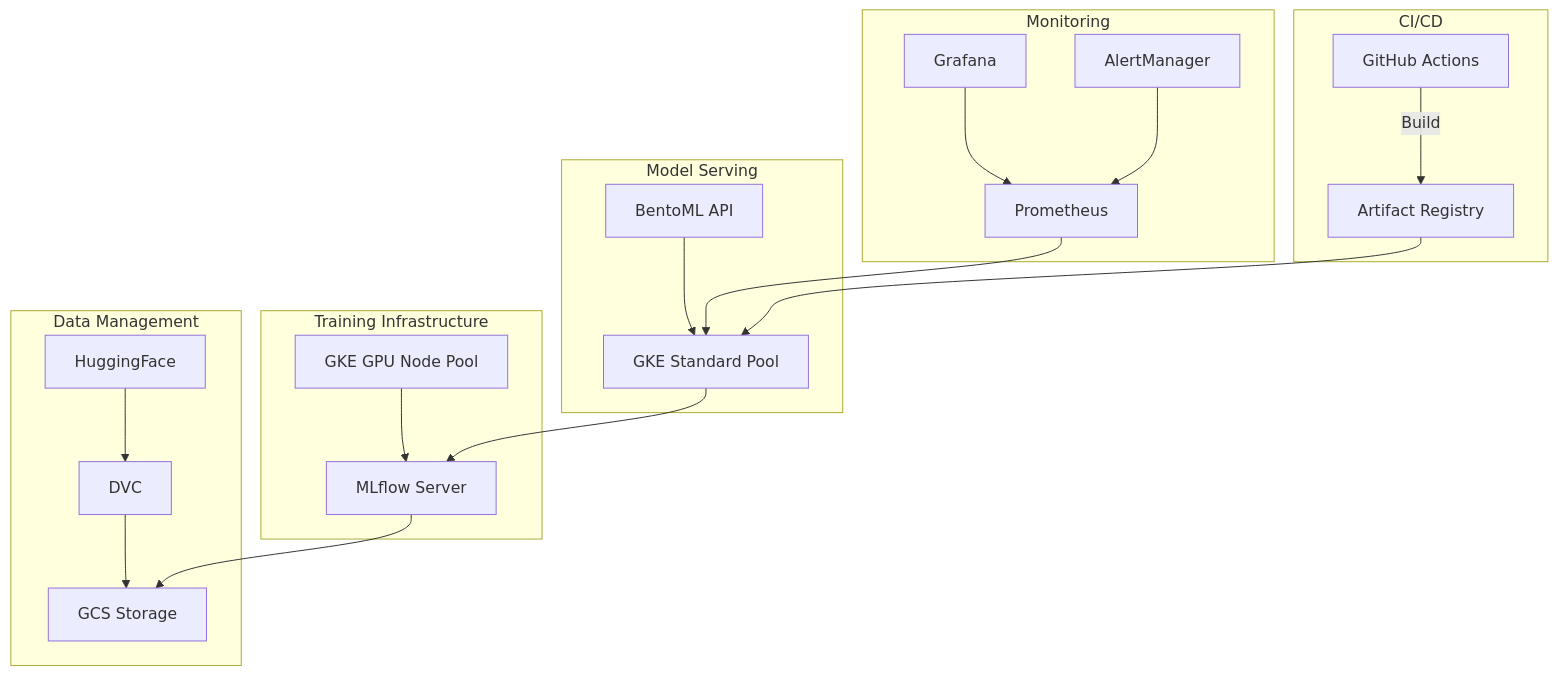
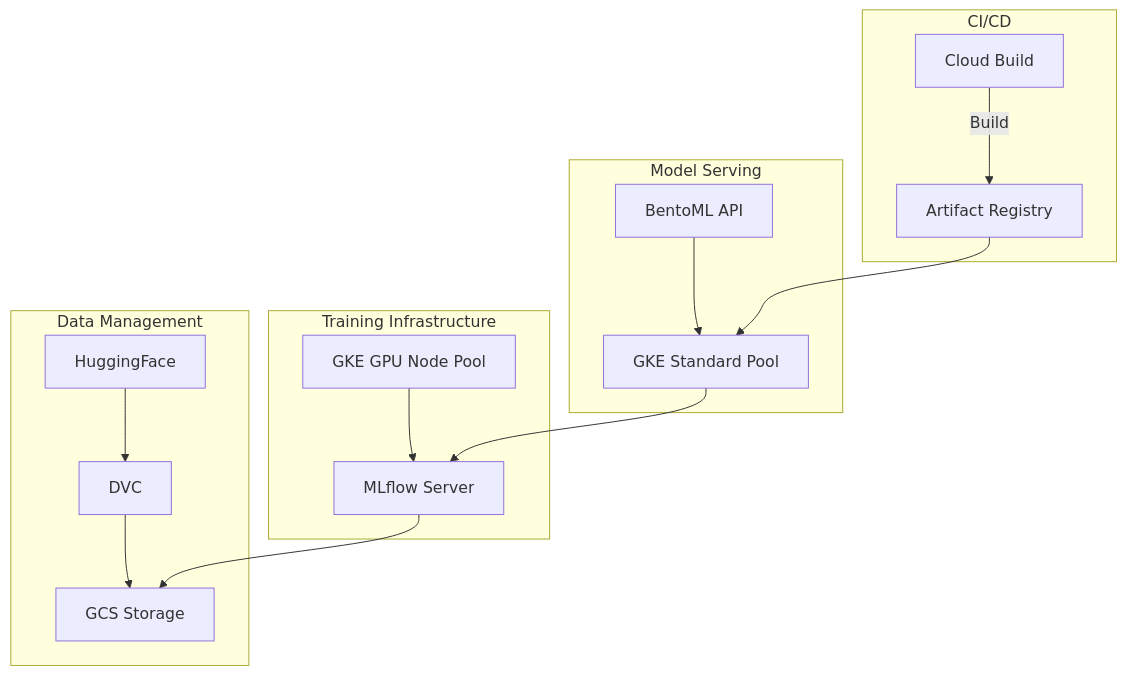
One commit to Ri-Hong/DistilBERT-Sentiment-Analysis changed the first of 2 diagrams in README.md. Above: the diagram before and after it, drawn with Mermaid. The commit also changed other lines of this file, not shown here.

````diff
--- a/README.md
+++ b/README.md
@@ -29,28 +29,22 @@
 ```mermaid
 graph TB
     subgraph "Data Management"
         D[DVC] --> GCS[GCS Storage]
         HF[HuggingFace] --> D
     end
 
     subgraph "Training Infrastructure"
         MLF[MLflow Server] --> GCS
         GPU[GKE GPU Node Pool] --> MLF
     end
 
     subgraph "Model Serving"
         API[BentoML API] --> K8S[GKE Standard Pool]
         K8S --> MLF
     end
 
-    subgraph "Monitoring"
-        PROM[Prometheus] --> K8S
-        GRAF[Grafana] --> PROM
-        ALERT[AlertManager] --> PROM
-    end
-
     subgraph "CI/CD"
-        GH[GitHub Actions] --> |Build| AR[Artifact Registry]
+        CB[Cloud Build] --> |Build| AR[Artifact Registry]
         AR --> K8S
     end
 ```
````
